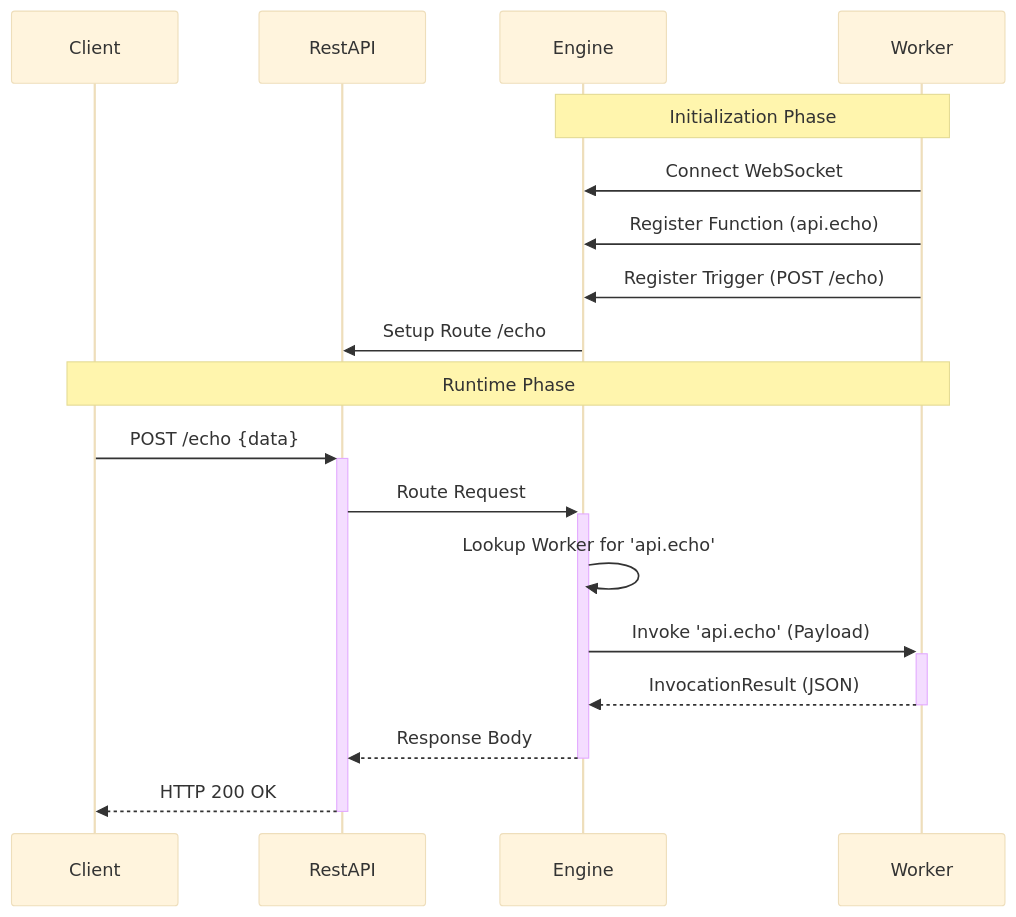
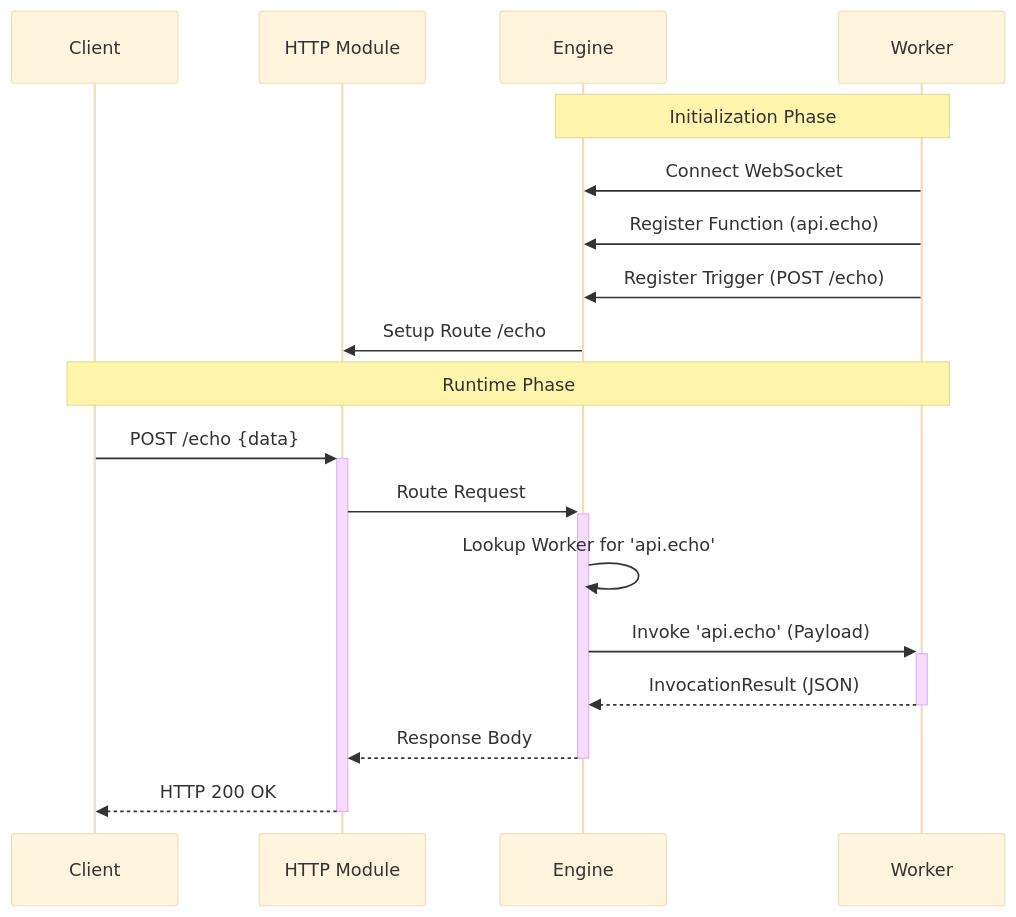
Before and after one commit to iii-hq/.github: the second of 6 diagrams in profile/README.md, drawn with Mermaid (base theme). The commit also changed other lines of this file, not shown here.

````diff
--- a/profile/README.md
+++ b/profile/README.md
@@ -85,22 +83,22 @@
 ```mermaid
 sequenceDiagram
     participant C as Client
-    participant API as RestAPI
+    participant API as HTTP Module
     participant E as Engine
     participant W as Worker
 
     Note over W,E: Initialization Phase
     W->>E: Connect WebSocket
     W->>E: Register Function (api.echo)
     W->>E: Register Trigger (POST /echo)
     E->>API: Setup Route /echo
 
     Note over C,W: Runtime Phase
     C->>+API: POST /echo {data}
     API->>+E: Route Request
     E->>E: Lookup Worker for 'api.echo'
     E->>+W: Invoke 'api.echo' (Payload)
     W-->>-E: InvocationResult (JSON)
     E-->>-API: Response Body
     API-->>-C: HTTP 200 OK
 ```
````
